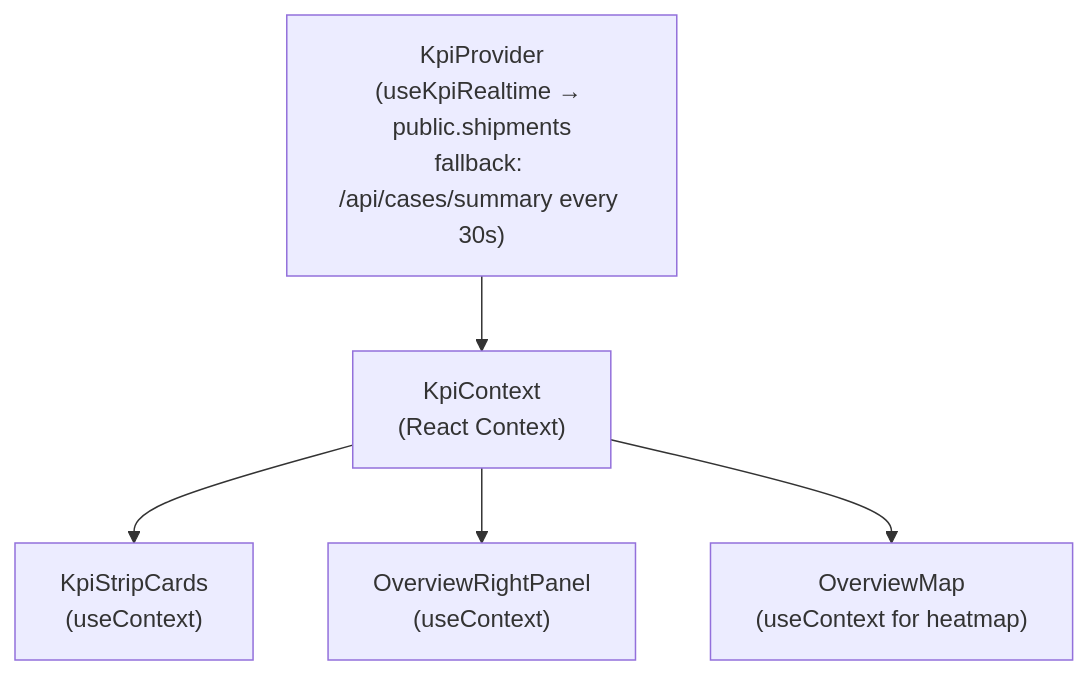
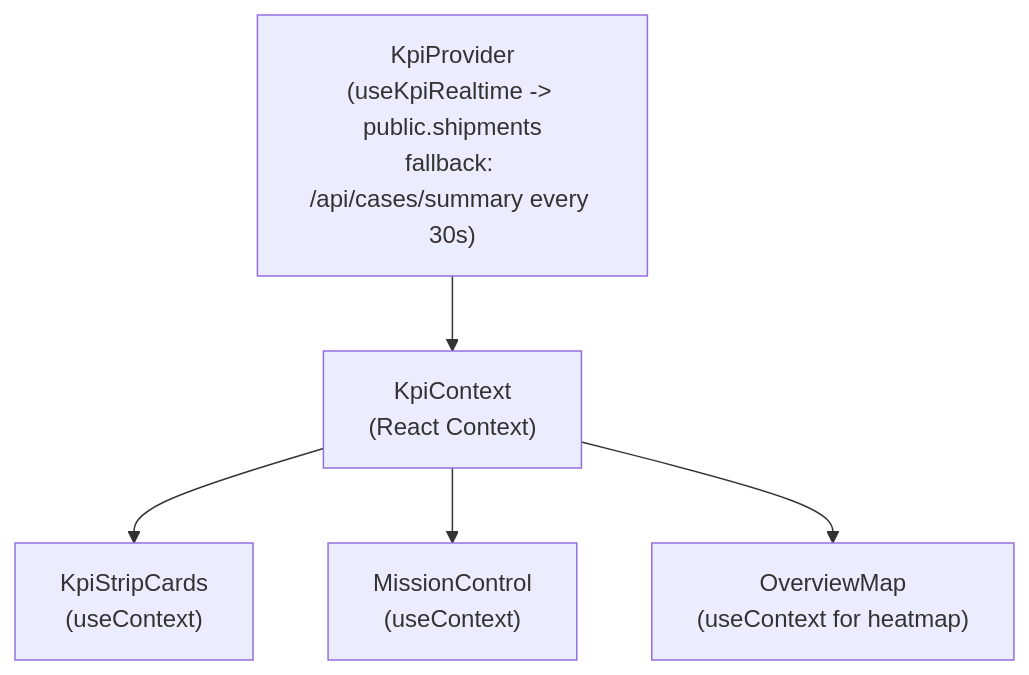
One commit to macho715/logi_hvdc_dash changed the sixth of 14 diagrams in apps/logistics-dashboard/docs/LAYOUT.md. Above: the diagram before and after it, drawn with Mermaid. The commit also changed other lines of this file and 4 other files, not shown here.

````diff
--- a/apps/logistics-dashboard/docs/LAYOUT.md
+++ b/apps/logistics-dashboard/docs/LAYOUT.md
@@ -325,13 +432,13 @@
 ```mermaid
 graph TD
-    KpiProvider["KpiProvider<br/>(useKpiRealtime → public.shipments<br/>fallback: /api/cases/summary every 30s)"]
+    KpiProvider["KpiProvider<br/>(useKpiRealtime -> public.shipments<br/>fallback: /api/cases/summary every 30s)"]
     KpiContext["KpiContext<br/>(React Context)"]
     Strip["KpiStripCards<br/>(useContext)"]
-    RightPanel["OverviewRightPanel<br/>(useContext)"]
+    MC["MissionControl<br/>(useContext)"]
     Map["OverviewMap<br/>(useContext for heatmap)"]
 
     KpiProvider --> KpiContext
     KpiContext --> Strip
-    KpiContext --> RightPanel
+    KpiContext --> MC
     KpiContext --> Map
 ```
````
